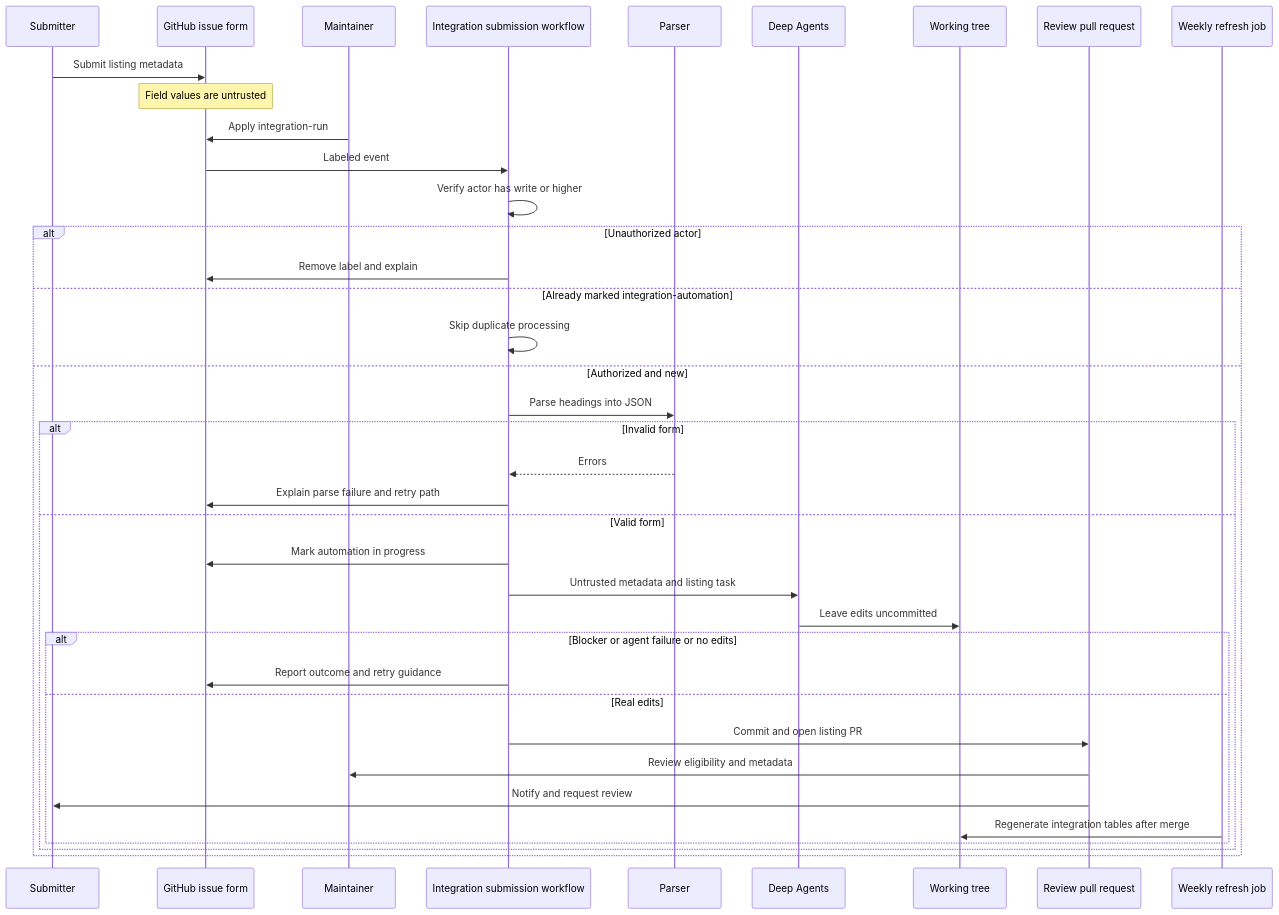
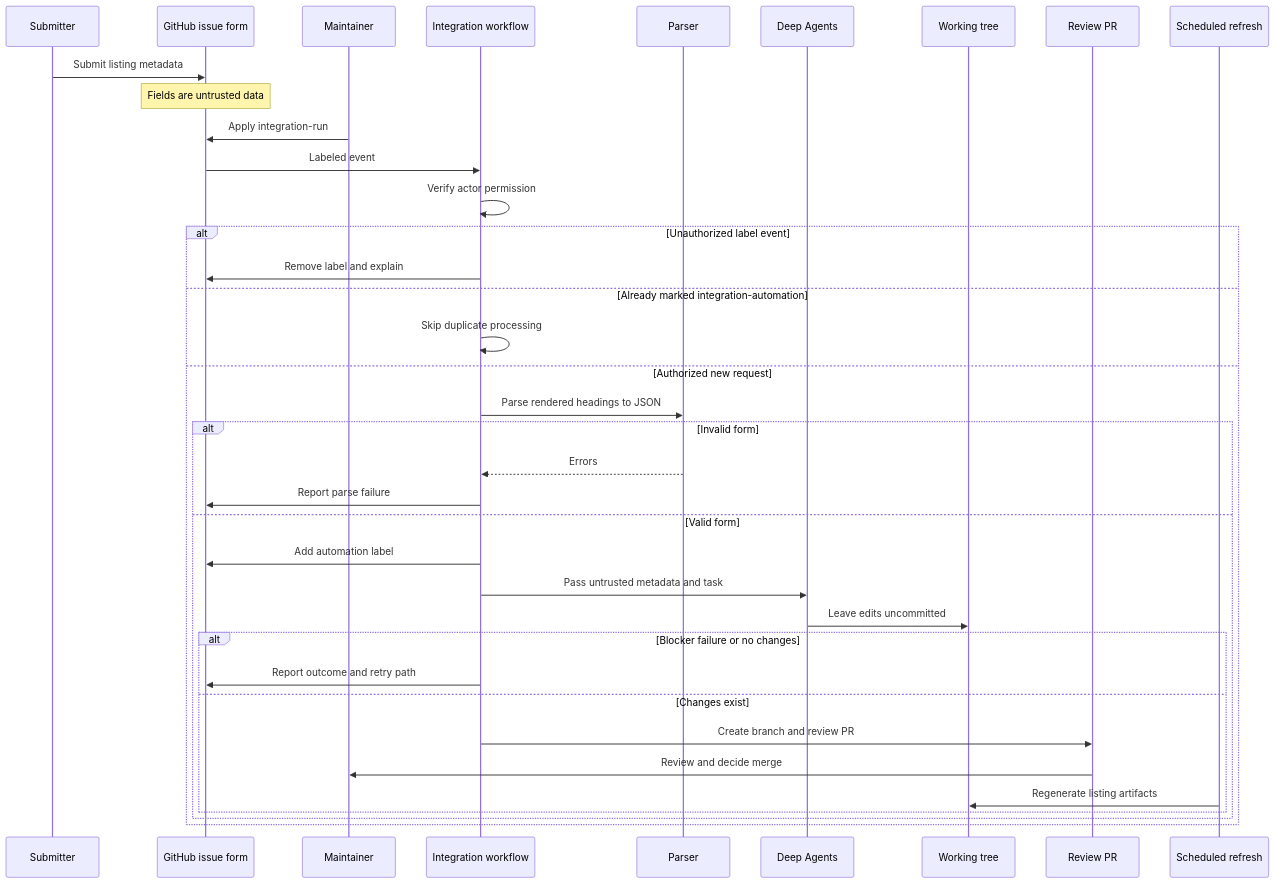
Before and after one commit to langchain-ai/docs: the diagram in openwiki/workflows/integration-listing-automation.md, drawn with Mermaid. The commit also changed other lines of this file and 26 other files, not shown here.

````diff
--- a/openwiki/workflows/integration-listing-automation.md
+++ b/openwiki/workflows/integration-listing-automation.md
@@ -39,41 +47,40 @@
 ```mermaid
 sequenceDiagram
     participant Submitter
     participant Issue as GitHub issue form
     participant Maintainer
-    participant Workflow as Integration submission workflow
+    participant Workflow as Integration workflow
     participant Parser
     participant Agent as Deep Agents
-    participant Changes as Working tree
-    participant PR as Review pull request
-    participant Refresh as Weekly refresh job
+    participant Tree as Working tree
+    participant PR as Review PR
+    participant Refresh as Scheduled refresh
 
     Submitter->>Issue: Submit listing metadata
-    Note over Issue: Field values are untrusted
+    Note over Issue: Fields are untrusted data
     Maintainer->>Issue: Apply integration-run
     Issue->>Workflow: Labeled event
-    Workflow->>Workflow: Verify actor has write or higher
-    alt Unauthorized actor
+    Workflow->>Workflow: Verify actor permission
+    alt Unauthorized label event
         Workflow->>Issue: Remove label and explain
     else Already marked integration-automation
         Workflow->>Workflow: Skip duplicate processing
-    else Authorized and new
-        Workflow->>Parser: Parse headings into JSON
+    else Authorized new request
+        Workflow->>Parser: Parse rendered headings to JSON
         alt Invalid form
             Parser-->>Workflow: Errors
-            Workflow->>Issue: Explain parse failure and retry path
+            Workflow->>Issue: Report parse failure
         else Valid form
-            Workflow->>Issue: Mark automation in progress
-            Workflow->>Agent: Untrusted metadata and listing task
-            Agent->>Changes: Leave edits uncommitted
-            alt Blocker or agent failure or no edits
-                Workflow->>Issue: Report outcome and retry guidance
-            else Real edits
-                Workflow->>PR: Commit and open listing PR
-                PR->>Maintainer: Review eligibility and metadata
-                PR->>Submitter: Notify and request review
-                Refresh->>Changes: Regenerate integration tables after merge
+            Workflow->>Issue: Add automation label
+            Workflow->>Agent: Pass untrusted metadata and task
+            Agent->>Tree: Leave edits uncommitted
+            alt Blocker failure or no changes
+                Workflow->>Issue: Report outcome and retry path
+            else Changes exist
+                Workflow->>PR: Create branch and review PR
+                PR->>Maintainer: Review and decide merge
+                Refresh->>Tree: Regenerate listing artifacts
             end
         end
     end
 ```
````
